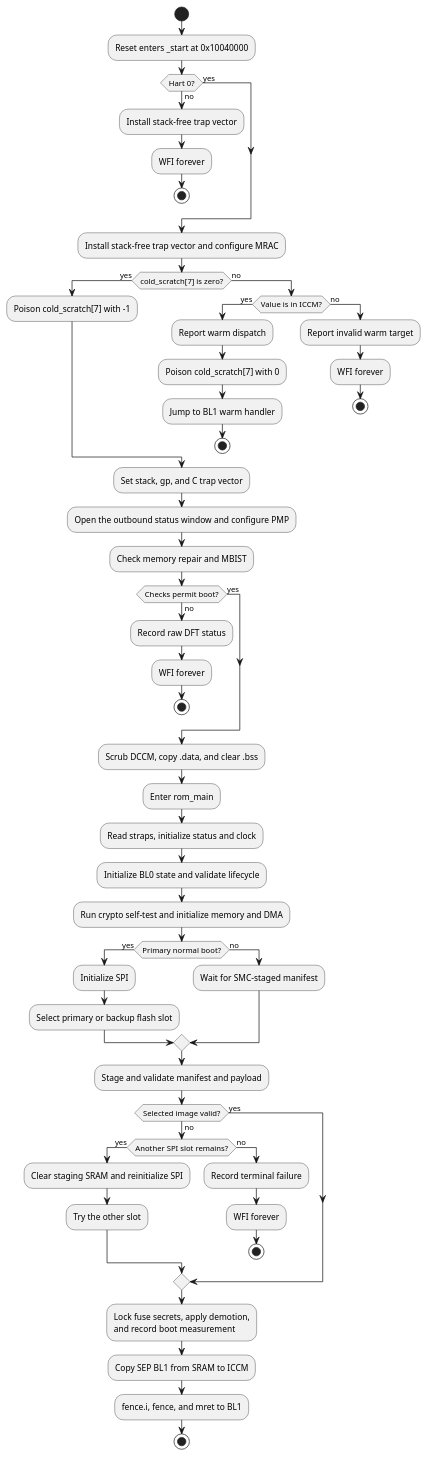
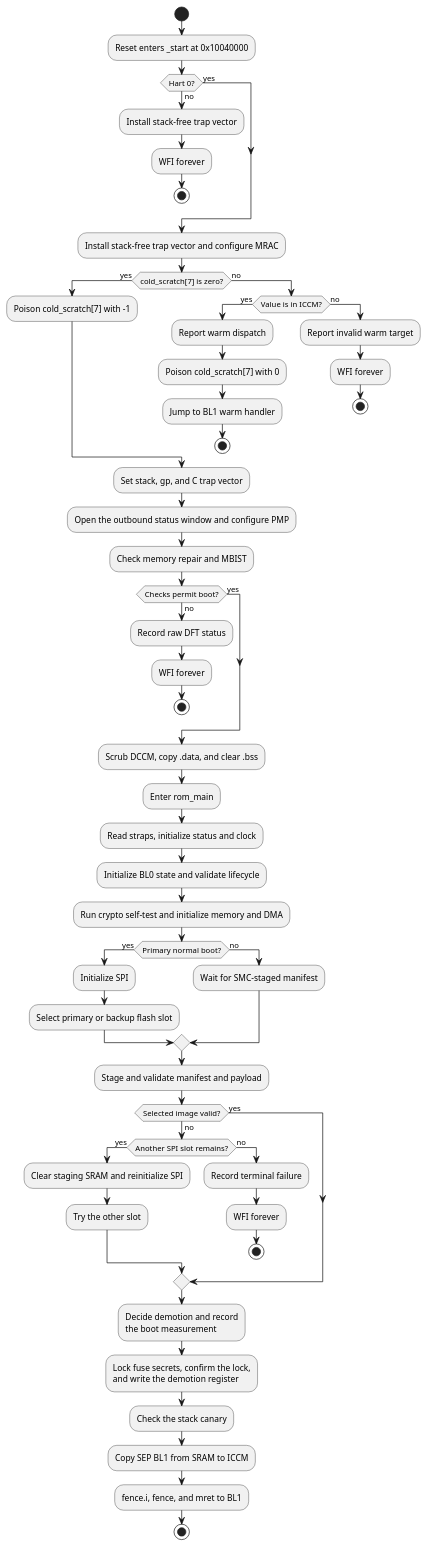
One commit to tenstorrent/tt-oca-harness changed the diagram in hw/sys/sep/bootrom/prod/doc/boot-flow.adoc. Above: the diagram before and after it, drawn with PlantUML. The commit also changed other lines of this file and 2 other files, not shown here.

First line of the commit message:
doc: Correct SEP reset release and SEP ROM boot-flow ordering

```diff
--- a/hw/sys/sep/bootrom/prod/doc/boot-flow.adoc
+++ b/hw/sys/sep/bootrom/prod/doc/boot-flow.adoc
@@ -12,64 +12,66 @@
 [plantuml]
 ....
 @startuml
 start
 :Reset enters _start at 0x10040000;
 if (Hart 0?) then (yes)
 else (no)
   :Install stack-free trap vector;
   :WFI forever;
   stop
 endif
 :Install stack-free trap vector and configure MRAC;
 if (cold_scratch[7] is zero?) then (yes)
   :Poison cold_scratch[7] with -1;
 else (no)
   if (Value is in ICCM?) then (yes)
     :Report warm dispatch;
     :Poison cold_scratch[7] with 0;
     :Jump to BL1 warm handler;
     stop
   else (no)
     :Report invalid warm target;
     :WFI forever;
     stop
   endif
 endif
 :Set stack, gp, and C trap vector;
 :Open the outbound status window and configure PMP;
 :Check memory repair and MBIST;
 if (Checks permit boot?) then (yes)
 else (no)
   :Record raw DFT status;
   :WFI forever;
   stop
 endif
 :Scrub DCCM, copy .data, and clear .bss;
 :Enter rom_main;
 :Read straps, initialize status and clock;
 :Initialize BL0 state and validate lifecycle;
 :Run crypto self-test and initialize memory and DMA;
 if (Primary normal boot?) then (yes)
   :Initialize SPI;
   :Select primary or backup flash slot;
 else (no)
   :Wait for SMC-staged manifest;
 endif
 :Stage and validate manifest and payload;
 if (Selected image valid?) then (yes)
 else (no)
   if (Another SPI slot remains?) then (yes)
     :Clear staging SRAM and reinitialize SPI;
     :Try the other slot;
   else (no)
     :Record terminal failure;
     :WFI forever;
     stop
   endif
 endif
-:Lock fuse secrets, apply demotion,\nand record boot measurement;
+:Decide demotion and record\nthe boot measurement;
+:Lock fuse secrets, confirm the lock,\nand write the demotion register;
+:Check the stack canary;
 :Copy SEP BL1 from SRAM to ICCM;
 :fence.i, fence, and mret to BL1;
 stop
 @enduml
 ....
```
